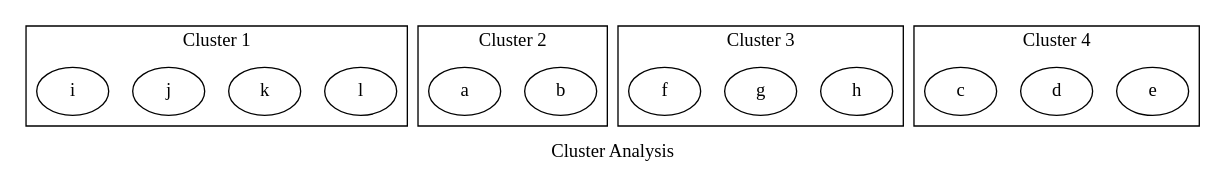
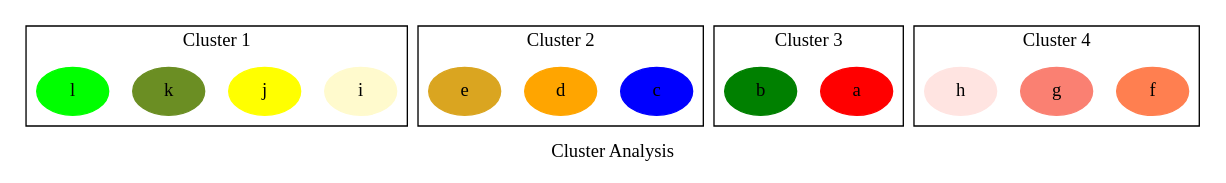
Before and after one commit to graphviz-perl/GraphViz2-Marpa-PathUtils: the diagram in data/path.set.01.out.gv, drawn with Graphviz. The commit also changed 3 other files, not shown here.

```diff
--- a/data/path.set.01.out.gv
+++ b/data/path.set.01.out.gv
@@ -1,40 +1,40 @@
 strict digraph "Cluster Analysis"
 {
-graph [ label="Cluster Analysis" ]
+graph [ label="Cluster Analysis" rankdir="TB" ]
 
 subgraph "cluster 1"
 {
-graph [ label="Cluster 1" ]
+graph [ label="Cluster 1" rankdir="TB" ]
 
-"l"
-"k"
-"j"
-"i"
+"i" [ color="lemonchiffon" style="filled" ]
+"j" [ color="yellow" style="filled" ]
+"k" [ color="olivedrab" style="filled" ]
+"l" [ color="lime" style="filled" ]
 }
 
 subgraph "cluster 2"
 {
-graph [ label="Cluster 2" ]
+graph [ label="Cluster 2" rankdir="TB" ]
 
-"b"
-"a"
+"c" [ color="blue" style="filled" ]
+"d" [ color="orange" style="filled" ]
+"e" [ color="goldenrod" style="filled" ]
 }
 
 subgraph "cluster 3"
 {
-graph [ label="Cluster 3" ]
+graph [ label="Cluster 3" rankdir="TB" ]
 
-"h"
-"g"
-"f"
+"a" [ color="red" style="filled" ]
+"b" [ color="green" style="filled" ]
 }
 
 subgraph "cluster 4"
 {
-graph [ label="Cluster 4" ]
+graph [ label="Cluster 4" rankdir="TB" ]
 
-"e"
-"d"
-"c"
+"f" [ color="coral" style="filled" ]
+"g" [ color="salmon" style="filled" ]
+"h" [ color="mistyrose" style="filled" ]
 }
 }
```
